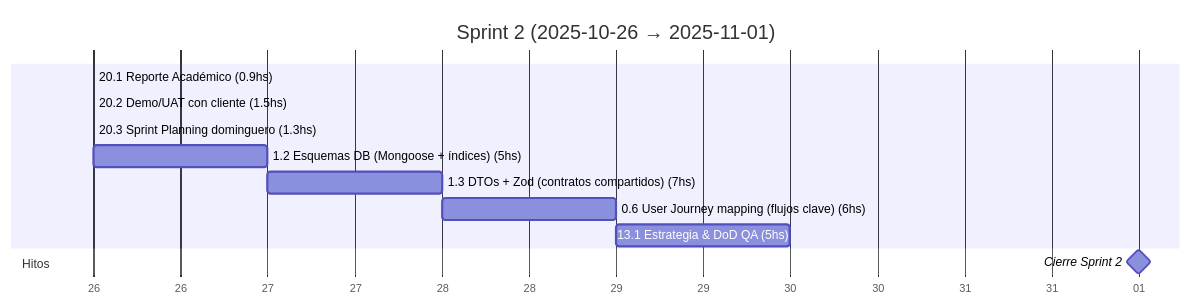
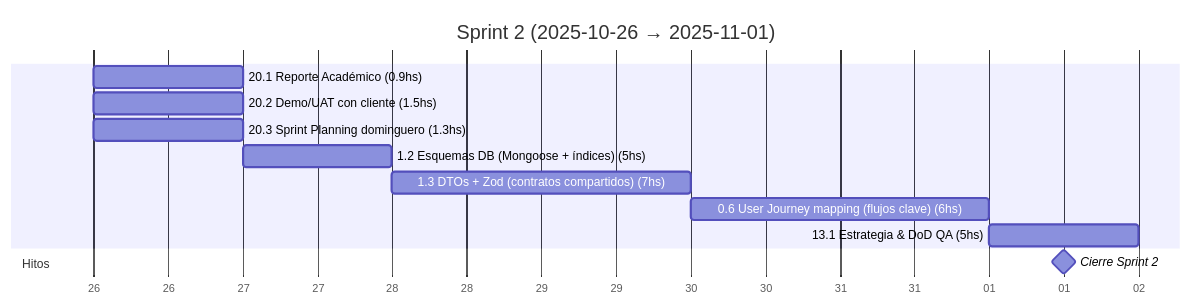
The third of 18 diagrams in docs/SprintsGantts.md (MarkMed/FleetMan), drawn with Mermaid before and after one commit. The commit also changed other lines of this file, not shown here.

````diff
--- a/docs/SprintsGantts.md
+++ b/docs/SprintsGantts.md
@@ -78,19 +78,19 @@
 ```mermaid
 gantt
   title Sprint 2 (2025-10-26 → 2025-11-01)
   dateFormat  YYYY-MM-DD
   axisFormat  %d
 
   %% Asumimos 5 h/día. Horas estimadas incluidas en el nombre.
 
-  20.1 Reporte Académico (0.9hs)               :t201, 2025-10-26, 0.2d
-  20.2 Demo/UAT con cliente (1.5hs)            :t202, after t201, 0.3d
-  20.3 Sprint Planning dominguero (1.3hs)      :t203, after t202, 0.3d
+  20.1 Reporte Académico (0.9hs)               :t201, 2025-10-26, 1d
+  20.2 Demo/UAT con cliente (1.5hs)            :t202, 2025-10-26, 1d
+  20.3 Sprint Planning dominguero (1.3hs)      :t203, 2025-10-26, 1d
   1.2 Esquemas DB (Mongoose + índices) (5hs)   :t12, after t203, 1d
-  1.3 DTOs + Zod (contratos compartidos) (7hs) :t13, after t12, 1.4d
-  0.6 User Journey mapping (flujos clave) (6hs) :t06, after t13, 1.2d
+  1.3 DTOs + Zod (contratos compartidos) (7hs) :t13, after t12, 2d
+  0.6 User Journey mapping (flujos clave) (6hs) :t06, after t13, 2d
   13.1 Estrategia & DoD QA (5hs)               :t131, after t06, 1d
 
   section Hitos
-  Cierre Sprint 2                              :milestone, s2, 2025-11-01, 0d
+  Cierre Sprint 2                              :milestone, s2, 2025-11-01, 1d
 ```
````
